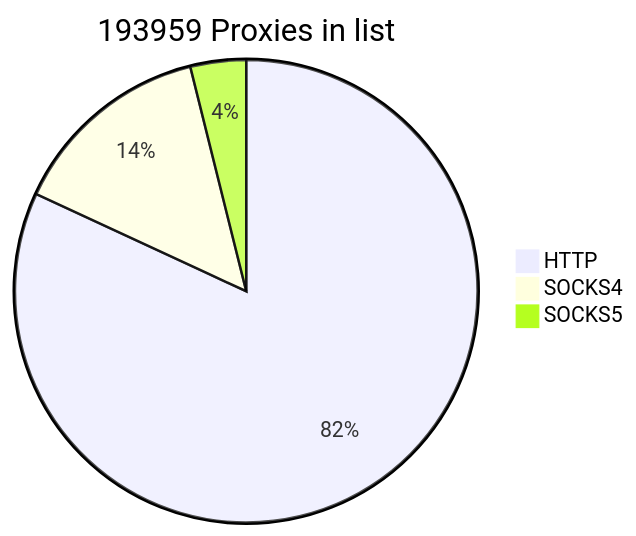
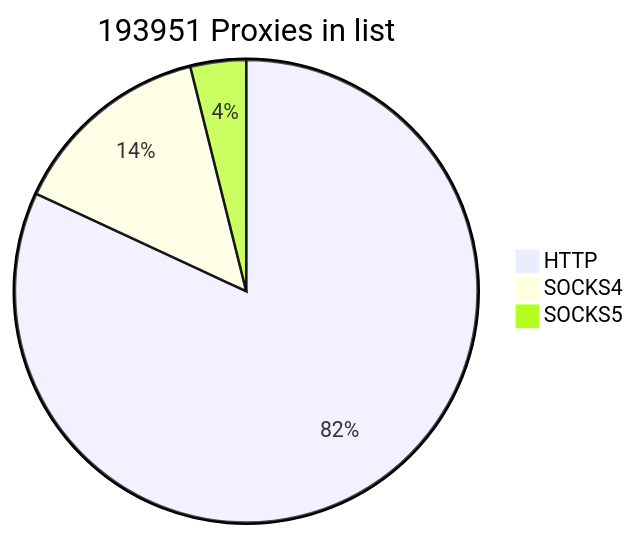
One commit to cutipu/proxylist changed the first of 2 diagrams in README.md. Above: the diagram before and after it, drawn with Mermaid. The commit also changed other lines of this file, not shown here.

````diff
--- a/README.md
+++ b/README.md
@@ -2,7 +2,7 @@
 ```mermaid
-pie title 193959 Proxies in list
-    "HTTP" : 158861
-    "SOCKS4" : 27556
-    "SOCKS5" : 7542
+pie title 193951 Proxies in list
+    "HTTP" : 158864
+    "SOCKS4" : 27552
+    "SOCKS5" : 7535
             
 ```
````
